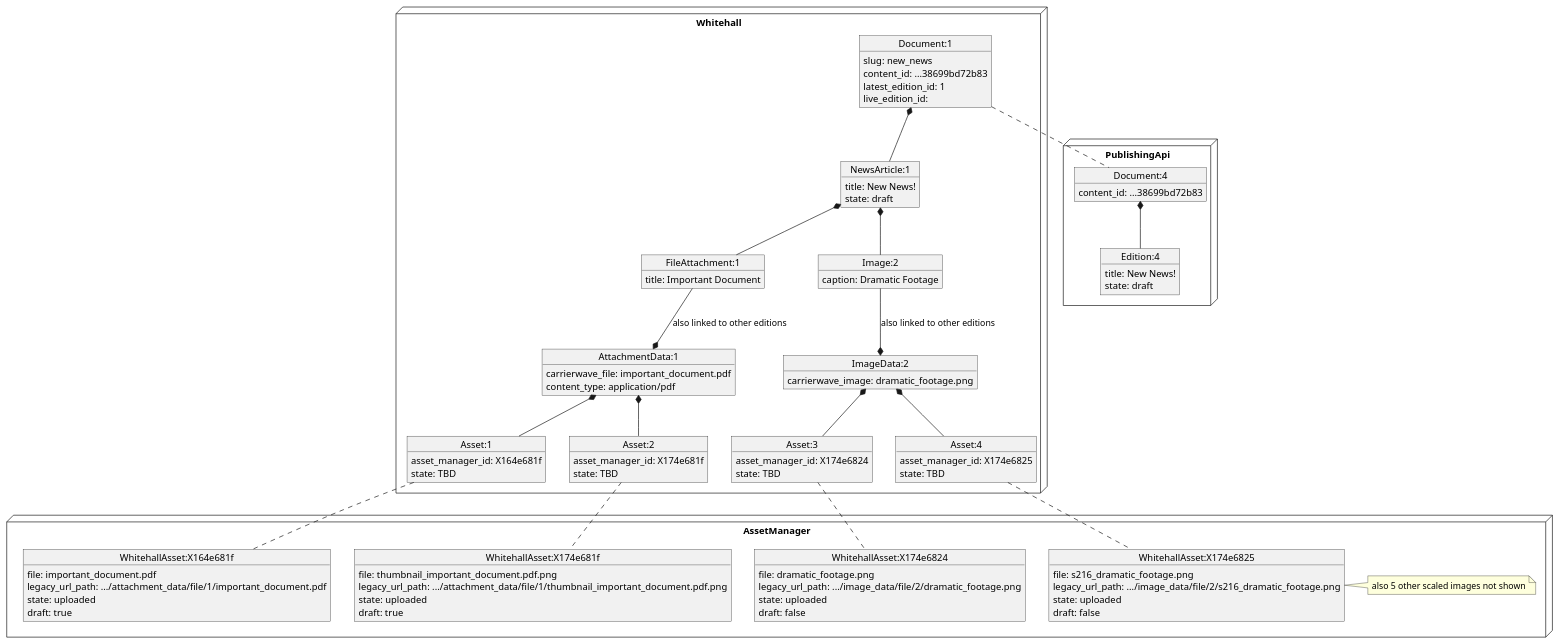
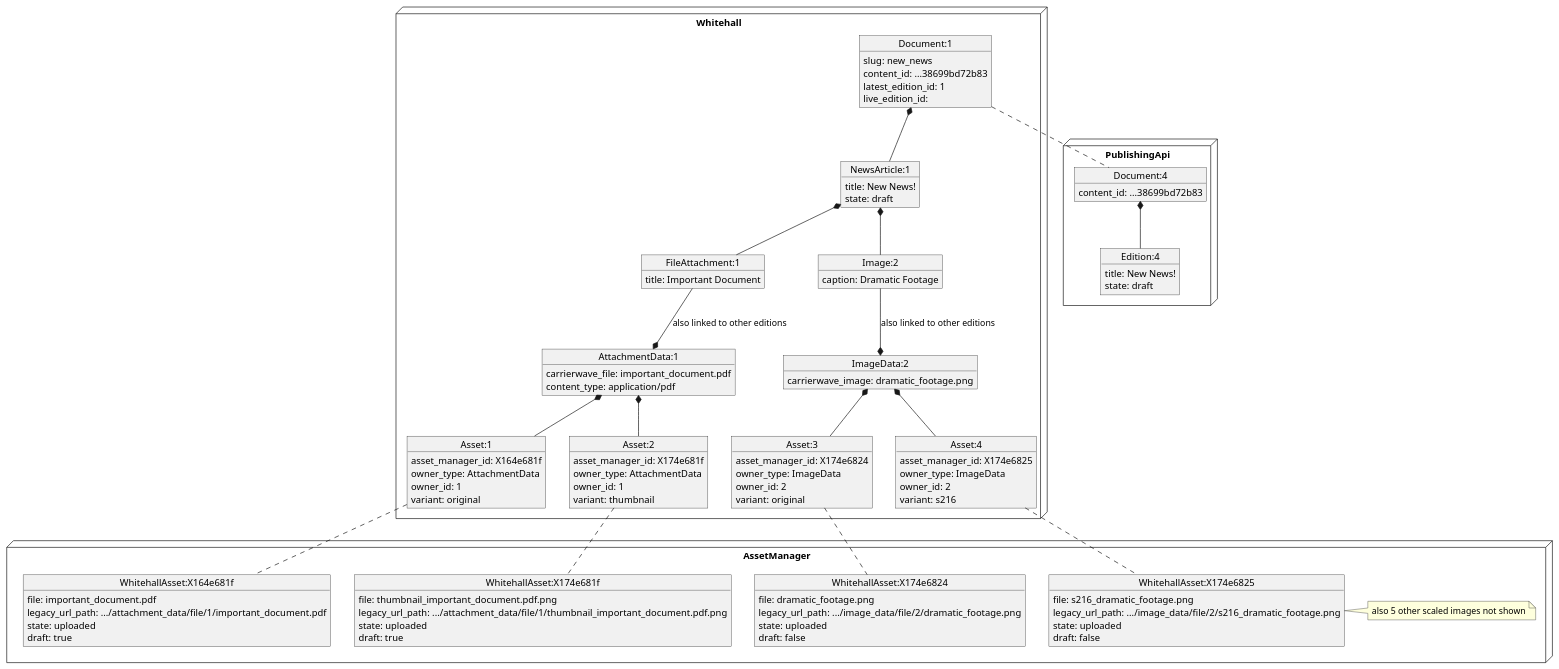
Before and after one commit to alphagov/whitehall: the diagram in docs/adr/0002-new-asset-model/new_scenario.puml, drawn with PlantUML. The commit also changed 6 other files, not shown here.

```diff
--- a/docs/adr/0002-new-asset-model/new_scenario.puml
+++ b/docs/adr/0002-new-asset-model/new_scenario.puml
@@ -1,106 +1,114 @@
 @startuml
 node Whitehall {
 object "Document:1" as Document_1 {
   slug: new_news
   content_id: ...38699bd72b83
   latest_edition_id: 1
   live_edition_id:
 }
 together {
 object "NewsArticle:1" as NewsArticle_1 {
   title: New News!
   state: draft
 }
 Document_1 *-- NewsArticle_1
 object "FileAttachment:1" as FileAttachment_1 {
   title: Important Document
 }
 NewsArticle_1 *-- FileAttachment_1
 object "Image:2" as Image_2 {
   caption: Dramatic Footage
 }
 NewsArticle_1 *-- Image_2
 }
 object "AttachmentData:1" as AttachmentData_1 {
   carrierwave_file: important_document.pdf
   content_type: application/pdf
 }
 AttachmentData_1 *-u- FileAttachment_1: also linked to other editions
 object "ImageData:2" as ImageData_2 {
   carrierwave_image: dramatic_footage.png
 }
 ImageData_2 *-u- Image_2: also linked to other editions
 
 object "Asset:1" as Asset_1 {
   asset_manager_id: X164e681f
-  state: TBD
+  owner_type: AttachmentData
+  owner_id: 1
+  variant: original
 }
 object "Asset:2" as Asset_2 {
   asset_manager_id: X174e681f
-  state: TBD
+  owner_type: AttachmentData
+  owner_id: 1
+  variant: thumbnail
 }
 
 object "Asset:3" as Asset_3 {
   asset_manager_id: X174e6824
-  state: TBD
+  owner_type: ImageData
+  owner_id: 2
+  variant: original
 }
 object "Asset:4" as Asset_4 {
   asset_manager_id: X174e6825
-  state: TBD
+  owner_type: ImageData
+  owner_id: 2
+  variant: s216
 }
 
 AttachmentData_1 *-- Asset_1
 AttachmentData_1 *-- Asset_2
 ImageData_2 *-- Asset_3
 ImageData_2 *-- Asset_4 
 
 }
 node PublishingApi {
 object "Document:4" as pubapi_Document_4 {
     content_id: ...38699bd72b83
 }
 object "Edition:4" as pubapi_Edition_4 {
   title: New News!
   state: draft
 }
 pubapi_Document_4 *-- pubapi_Edition_4
 }
 node AssetManager {
 together {
 object "WhitehallAsset:X164e681f" as am_WhitehallAsset_X164e681f {
   file: important_document.pdf
   legacy_url_path: .../attachment_data/file/1/important_document.pdf
   state: uploaded
   draft: true
 }
 object "WhitehallAsset:X174e681f" as am_WhitehallAsset_X174e681f {
   file: thumbnail_important_document.pdf.png
   legacy_url_path: .../attachment_data/file/1/thumbnail_important_document.pdf.png
   state: uploaded
   draft: true
 }
 }
 together {
 object "WhitehallAsset:X174e6824" as am_WhitehallAsset_X174e6824 {
   file: dramatic_footage.png
   legacy_url_path: .../image_data/file/2/dramatic_footage.png
   state: uploaded
   draft: false
 }
 object "WhitehallAsset:X174e6825" as am_WhitehallAsset_X174e6825 {
   file: s216_dramatic_footage.png
   legacy_url_path: .../image_data/file/2/s216_dramatic_footage.png
   state: uploaded
   draft: false
 }
 note right
  also 5 other scaled images not shown
 end note
 }
 }
 Document_1 .. pubapi_Document_4
 Asset_1 .. am_WhitehallAsset_X164e681f
 Asset_2 .. am_WhitehallAsset_X174e681f
 Asset_3 .. am_WhitehallAsset_X174e6824
 Asset_4 .. am_WhitehallAsset_X174e6825
 @enduml
```
